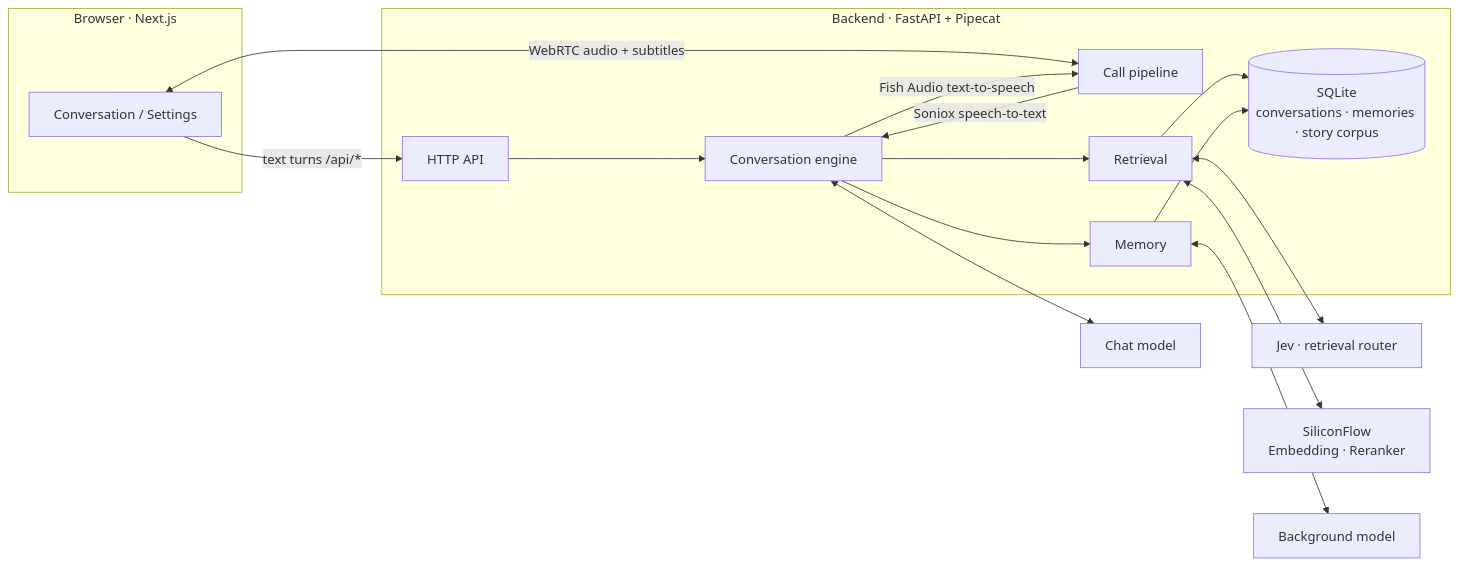
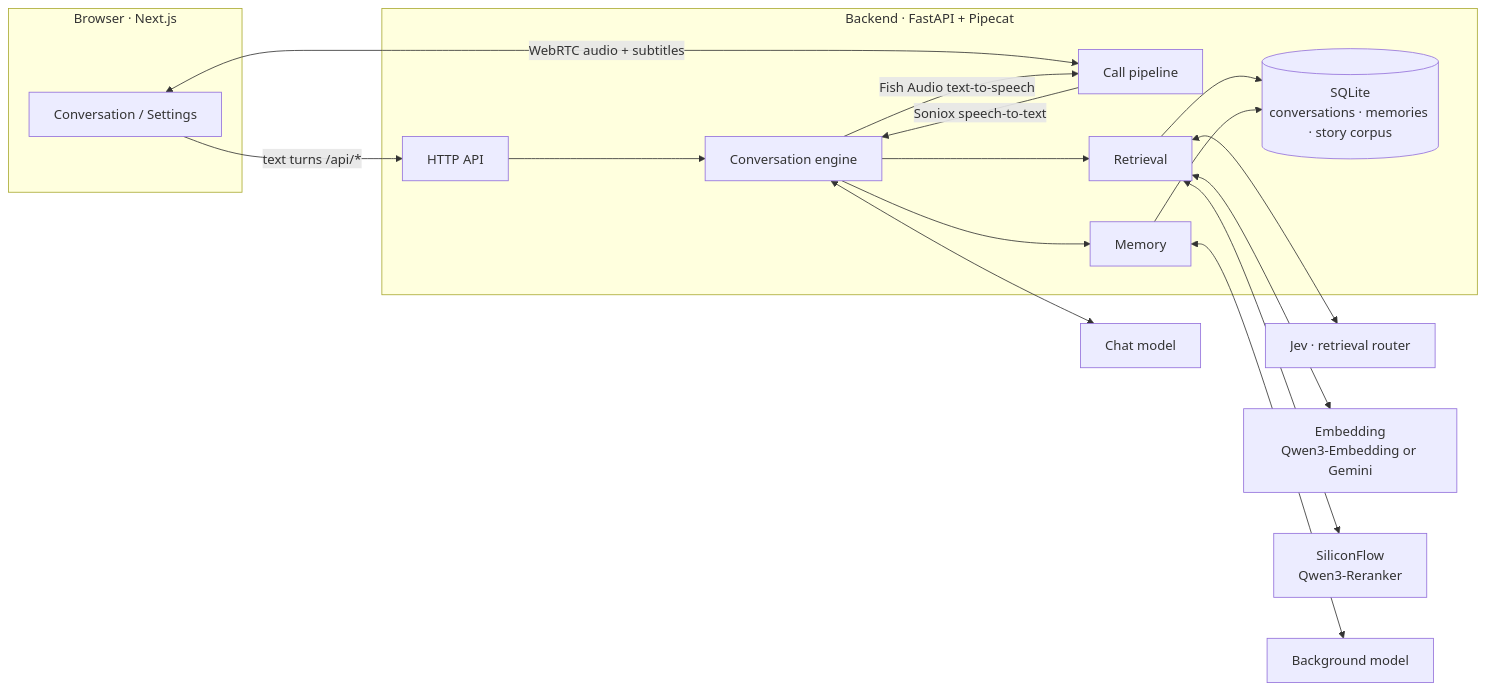
Before and after one commit to 3aKHP/idolum: the first of 2 diagrams in README.en.md, drawn with Mermaid. The commit also changed other lines of this file and 5 other files, not shown here.

````diff
--- a/README.en.md
+++ b/README.en.md
@@ -71,29 +73,30 @@
 ```mermaid
 flowchart LR
     subgraph Browser["Browser · Next.js"]
         UI["Conversation / Settings"]
     end
 
     subgraph Backend["Backend · FastAPI + Pipecat"]
         API["HTTP API"]
         Call["Call pipeline"]
         Engine["Conversation engine"]
         Retrieval["Retrieval"]
         Memory["Memory"]
         DB[("SQLite<br/>conversations · memories · story corpus")]
     end
 
     UI -- "text turns /api/*" --> API
     UI <-- "WebRTC audio + subtitles" --> Call
     API --> Engine
     Call -- "Soniox speech-to-text" --> Engine
     Engine -- "Fish Audio text-to-speech" --> Call
     Engine --> Retrieval
     Engine --> Memory
     Retrieval --> DB
     Memory --> DB
     Engine <--> ChatLLM["Chat model"]
     Retrieval <--> Jev["Jev · retrieval router"]
-    Retrieval <--> SF["SiliconFlow<br/>Embedding · Reranker"]
+    Retrieval <--> Emb["Embedding<br/>Qwen3-Embedding or Gemini"]
+    Retrieval <--> SF["SiliconFlow<br/>Qwen3-Reranker"]
     Memory <--> BgLLM["Background model"]
 ```
````
